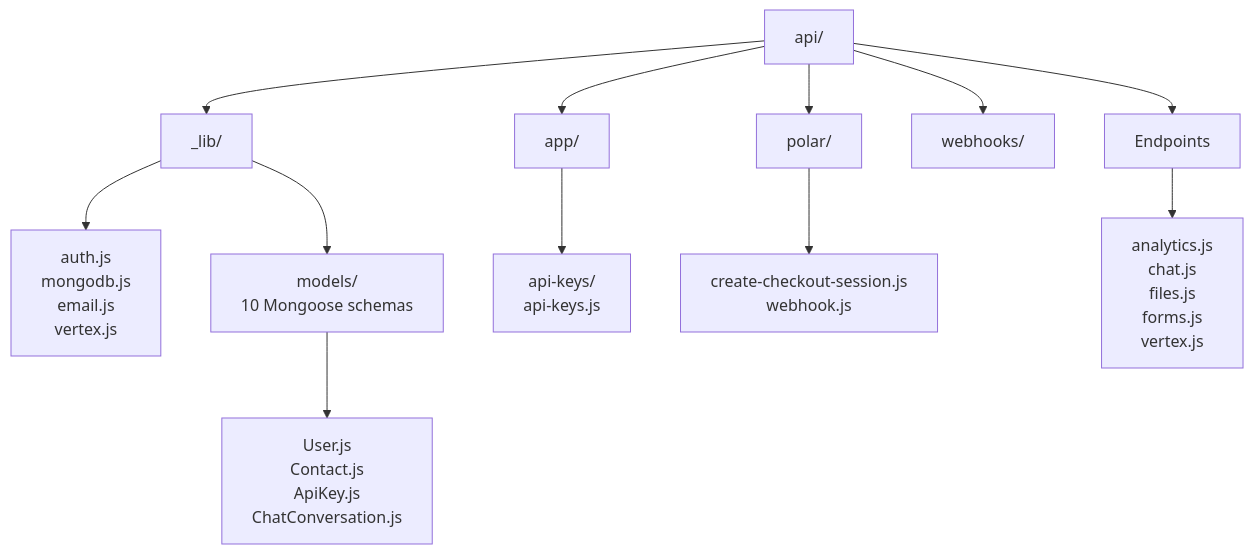
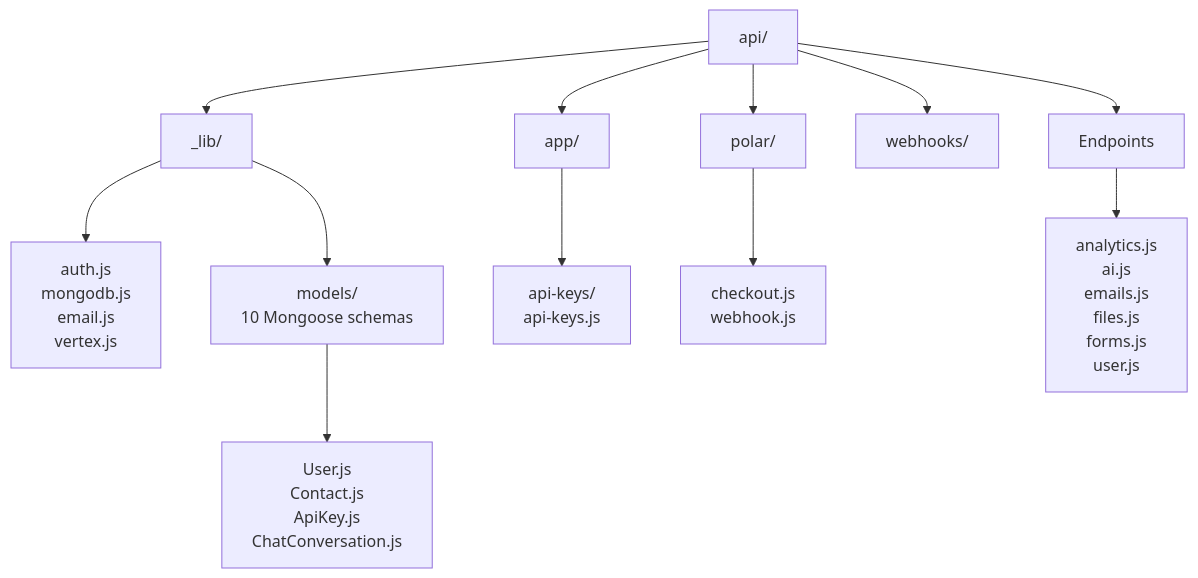
One commit to lawmight/TCDynamics changed the fourth of 15 diagrams in docs/architecture/repository-structure.md. Above: the diagram before and after it, drawn with Mermaid. The commit also changed other lines of this file and 9 other files, not shown here.

First line of the commit message:
docs: update architecture and development documentation

````diff
--- a/docs/architecture/repository-structure.md
+++ b/docs/architecture/repository-structure.md
@@ -82,19 +82,19 @@
 ```mermaid
 flowchart TB
     API[api/] --> Lib[_lib/]
     API --> AppRoutes[app/]
     API --> Polar[polar/]
     API --> Webhooks[webhooks/]
     API --> Endpoints[Endpoints]
 
     Lib --> LibFiles[auth.js<br/>mongodb.js<br/>email.js<br/>vertex.js]
     Lib --> Models[models/<br/>10 Mongoose schemas]
 
     Models --> ModelFiles[User.js<br/>Contact.js<br/>ApiKey.js<br/>ChatConversation.js]
 
     AppRoutes --> APIKeys[api-keys/<br/>api-keys.js]
 
-    Polar --> PolarFiles[create-checkout-session.js<br/>webhook.js]
+    Polar --> PolarFiles[checkout.js<br/>webhook.js]
 
-    Endpoints --> EndpointFiles[analytics.js<br/>chat.js<br/>files.js<br/>forms.js<br/>vertex.js]
+    Endpoints --> EndpointFiles[analytics.js<br/>ai.js<br/>emails.js<br/>files.js<br/>forms.js<br/>user.js]
 ```
````
